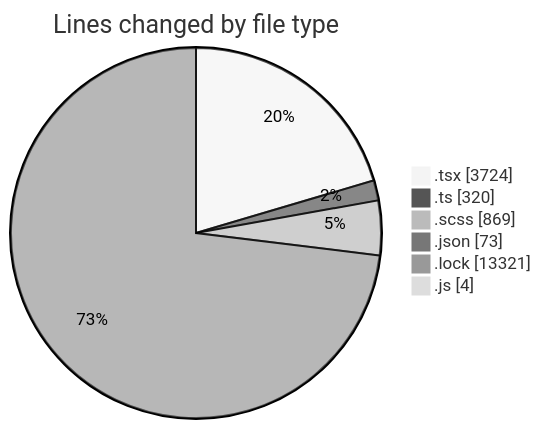
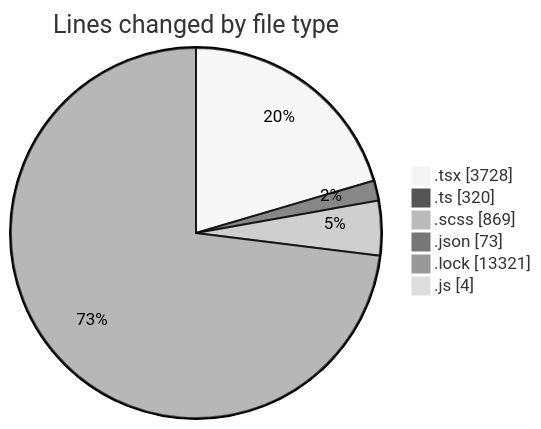
The first of 2 diagrams in 2025-02-12/cda/README.md (momahboobian/code-tracking), drawn with Mermaid (neutral theme) before and after one commit. The commit also changed other lines of this file and 1 other file, not shown here.

````diff
--- a/2025-02-12/cda/README.md
+++ b/2025-02-12/cda/README.md
@@ -41,10 +41,10 @@
 ```mermaid
 pie showData
 title Lines changed by file type
-".tsx" : 3724
+".tsx" : 3728
 ".ts" : 320
 ".scss" : 869
 ".json" : 73
 ".lock" : 13321
 ".js" : 4
 ```
````
